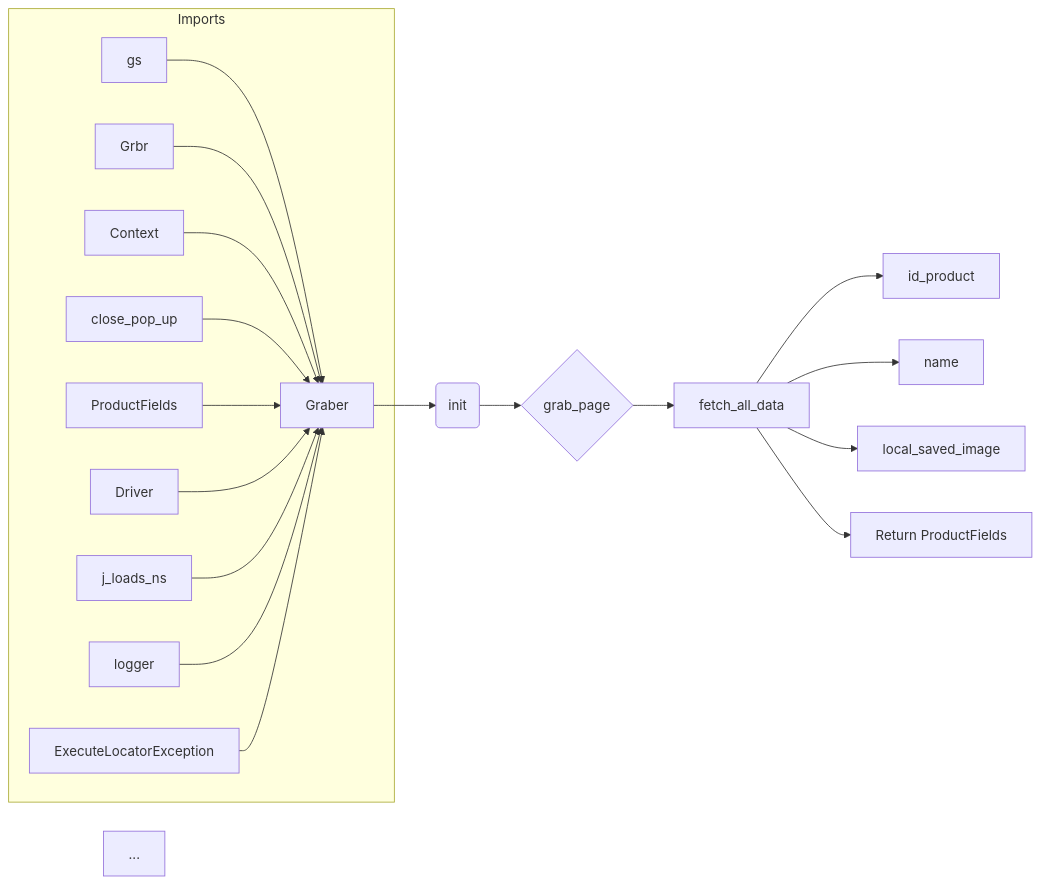
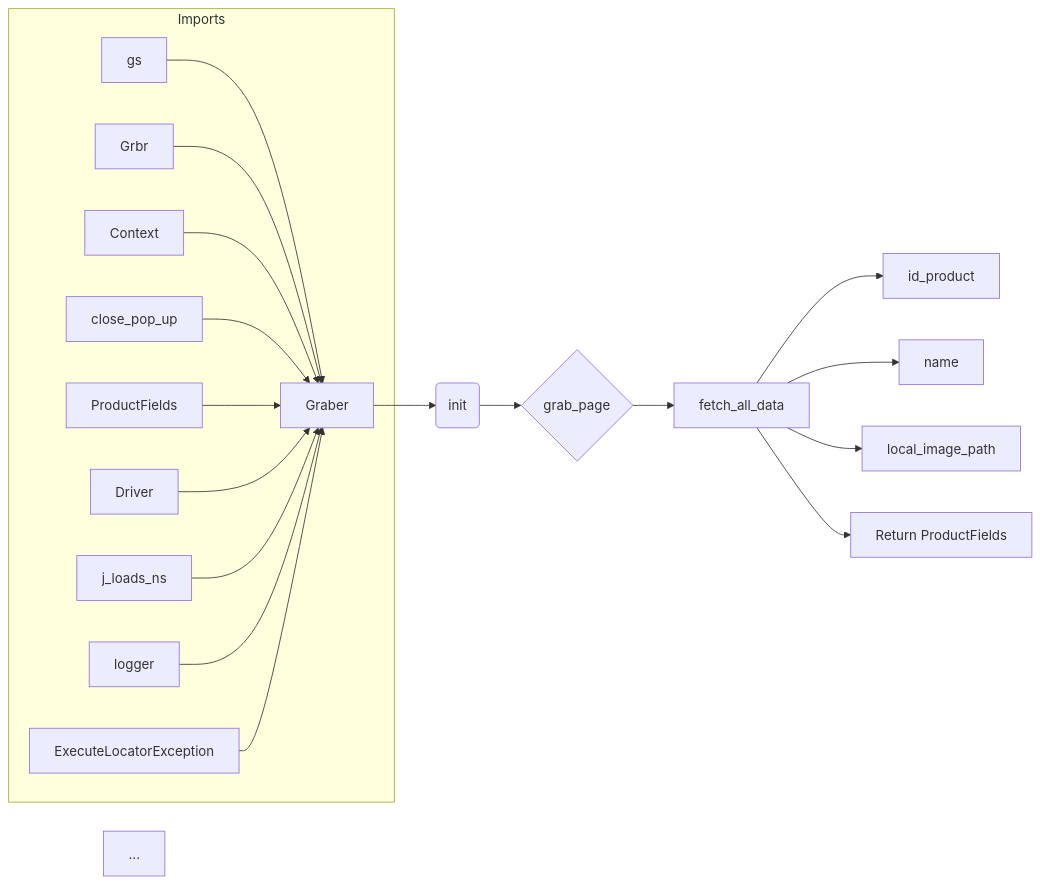
The diagram in docs/gemini/out/en/explainer/src/suppliers/cdata/graber.md (hypo69/hypo), drawn with Mermaid before and after one commit. The commit also changed other lines of this file and 270 other files, not shown here.

````diff
--- a/docs/gemini/out/en/explainer/src/suppliers/cdata/graber.md
+++ b/docs/gemini/out/en/explainer/src/suppliers/cdata/graber.md
@@ -130,23 +130,23 @@
 ```mermaid
 graph LR
     A[Graber] --> B(init);
     B --> C{grab_page};
     C --> D[fetch_all_data];
     D --> E[id_product];
     D --> E2[name];
     ...
-    D --> E100[local_saved_image];
+    D --> E100[local_image_path];
     D --> F[Return ProductFields];
     
     subgraph "Imports"
         gs --> A
         Grbr --> A
         Context --> A
         close_pop_up --> A
         ProductFields --> A
         Driver --> A
         j_loads_ns --> A
         logger --> A
         ExecuteLocatorException --> A
     end
 ```
````
